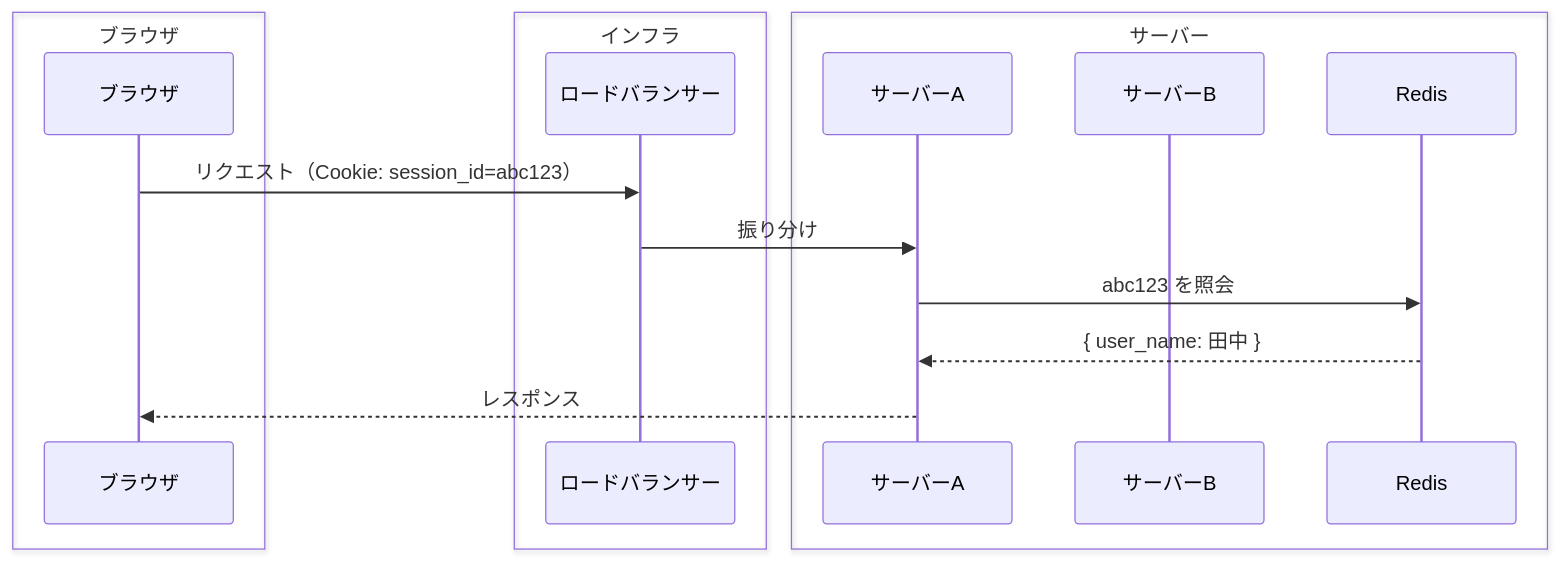
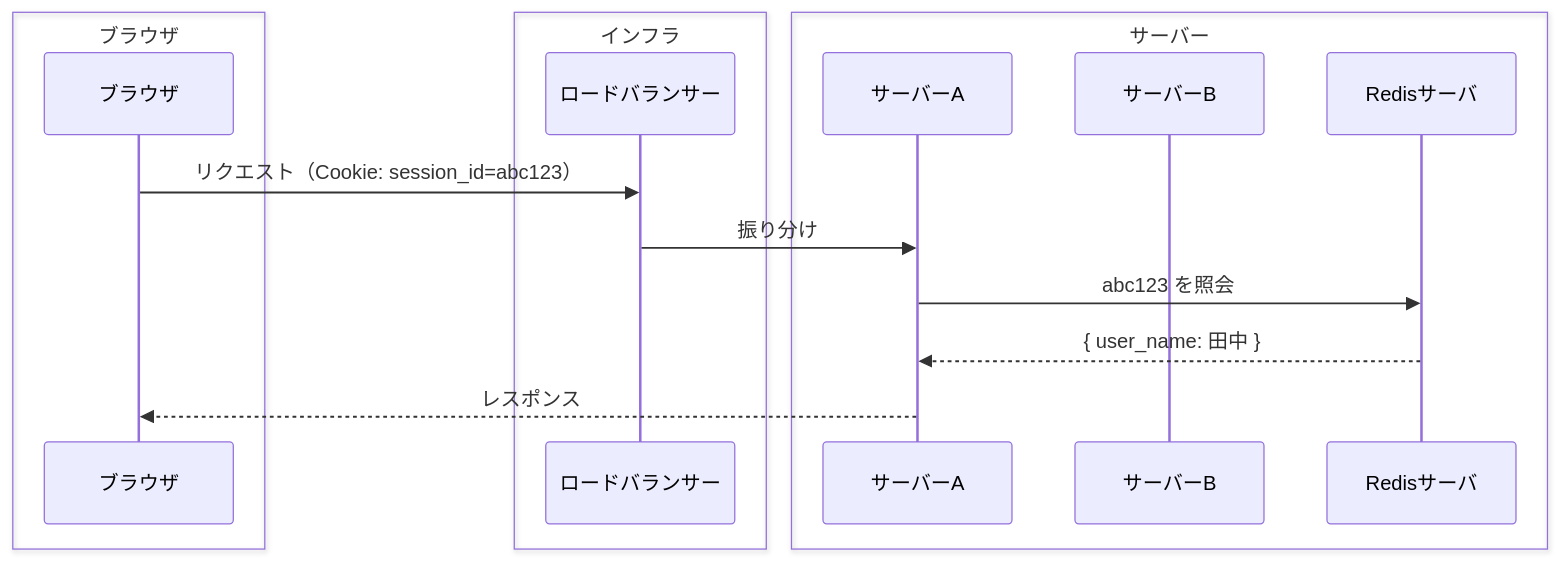
One commit to Bassiy/share_knowledge changed the diagram in concepts/redis.md. Above: the diagram before and after it, drawn with Mermaid.

Commit message:
sync: update from info repo

````diff
--- a/concepts/redis.md
+++ b/concepts/redis.md
@@ -33,20 +33,20 @@
 ```mermaid
 sequenceDiagram
     box ブラウザ
         participant U as ブラウザ
     end
     box インフラ
         participant LB as ロードバランサー
     end
     box サーバー
         participant A as サーバーA
         participant B as サーバーB
-        participant R as Redis
+        participant R as Redisサーバ
     end
 
     U->>LB: リクエスト（Cookie: session_id=abc123）
     LB->>A: 振り分け
     A->>R: abc123 を照会
     R-->>A: { user_name: 田中 }
     A-->>U: レスポンス
 ```
````
